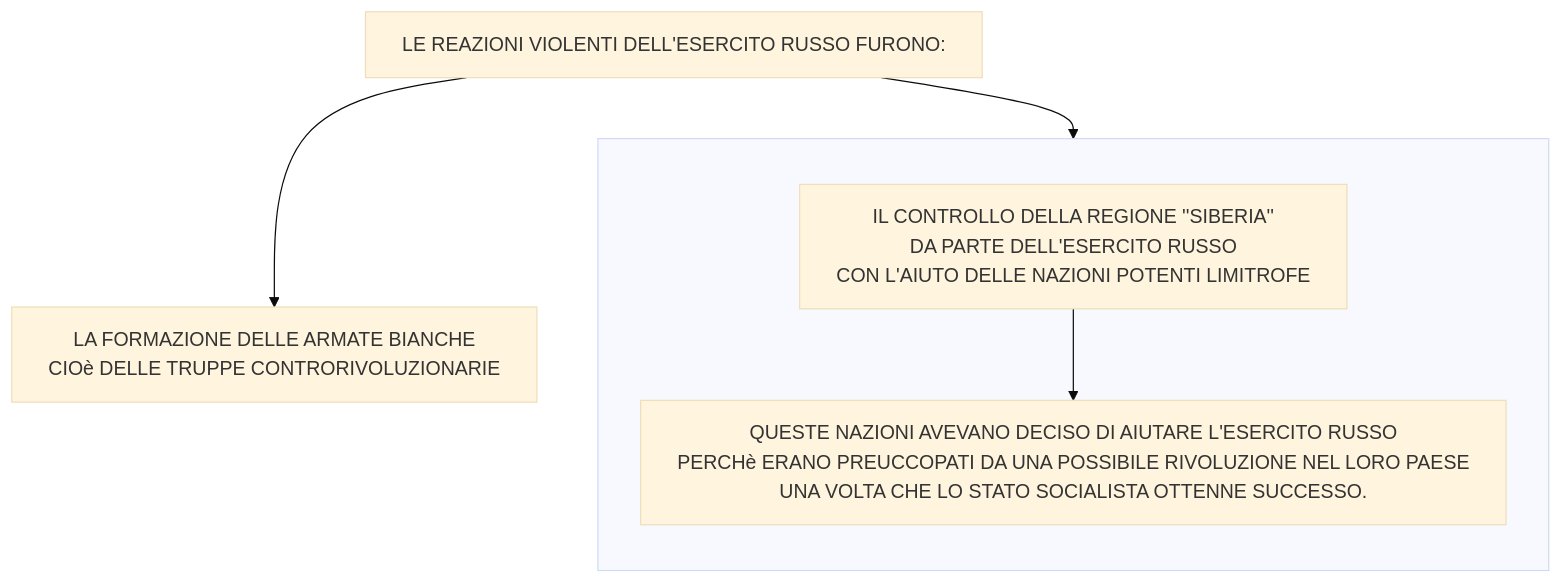
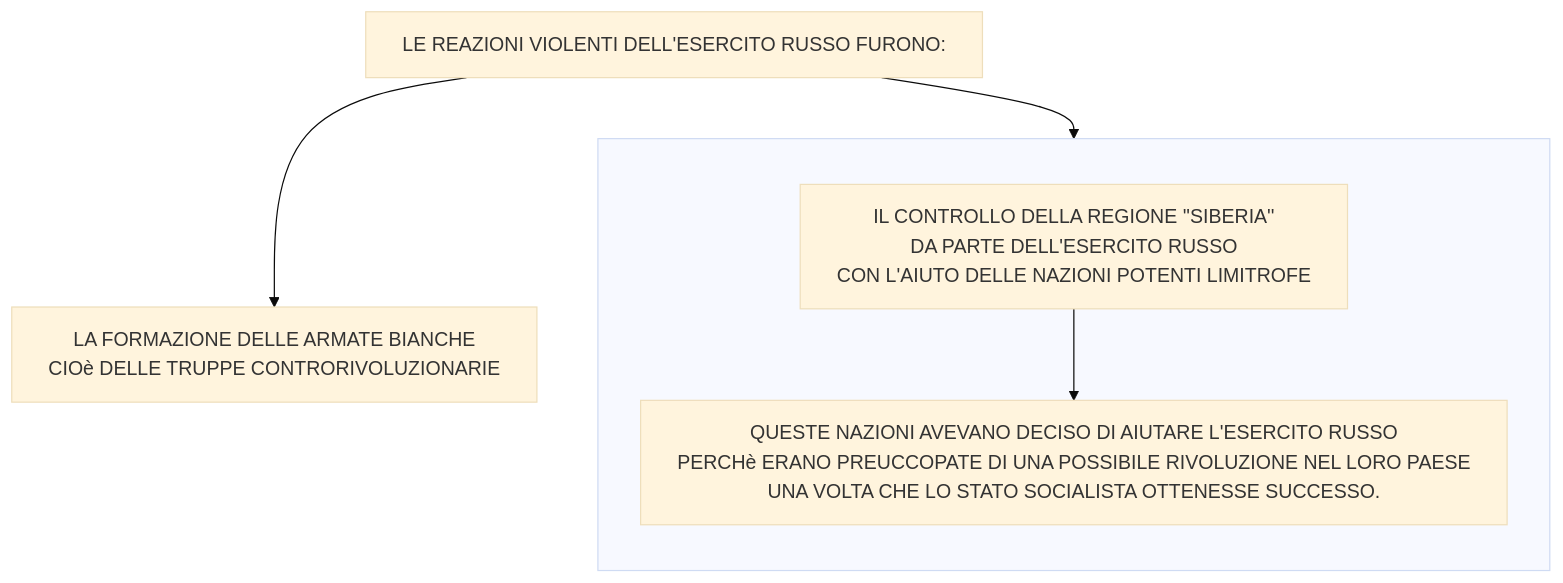
The fifth of 6 diagrams in stalinismoRiscrittura.md (Laaouatni/ricerca-storia-MermaidJS), drawn with Mermaid (base theme) before and after one commit. The commit also changed other lines of this file, not shown here.

````diff
--- a/stalinismoRiscrittura.md
+++ b/stalinismoRiscrittura.md
@@ -82,13 +82,13 @@
 ```mermaid
 %%{init: { "flowchart": { "wrappingWidth": 700 } }}%%
 flowchart TB
   0[LE REAZIONI VIOLENTI DELL'ESERCITO RUSSO FURONO:]
   1[LA FORMAZIONE DELLE ARMATE BIANCHE <br> CIOè DELLE TRUPPE CONTRORIVOLUZIONARIE]
   subgraph 02[" "]
     direction TB
     2[IL CONTROLLO DELLA REGIONE ''SIBERIA'' <BR>DA PARTE DELL'ESERCITO RUSSO <BR>CON L'AIUTO DELLE NAZIONI POTENTI LIMITROFE]
-    20[QUESTE NAZIONI AVEVANO DECISO DI AIUTARE L'ESERCITO RUSSO <BR>PERCHè ERANO PREUCCOPATI DA UNA POSSIBILE RIVOLUZIONE NEL LORO PAESE <BR>UNA VOLTA CHE LO STATO SOCIALISTA OTTENNE SUCCESSO.]
+    20[QUESTE NAZIONI AVEVANO DECISO DI AIUTARE L'ESERCITO RUSSO <BR>PERCHè ERANO PREUCCOPATE DI UNA POSSIBILE RIVOLUZIONE NEL LORO PAESE <BR>UNA VOLTA CHE LO STATO SOCIALISTA OTTENESSE SUCCESSO.]
     2 --> 20
   end
   0 --> 1 & 02
 ```
````
